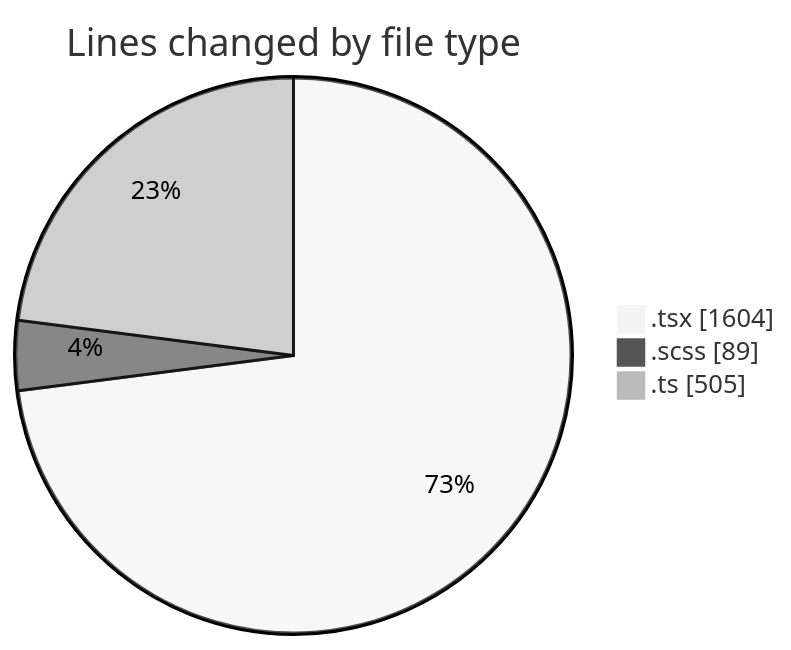
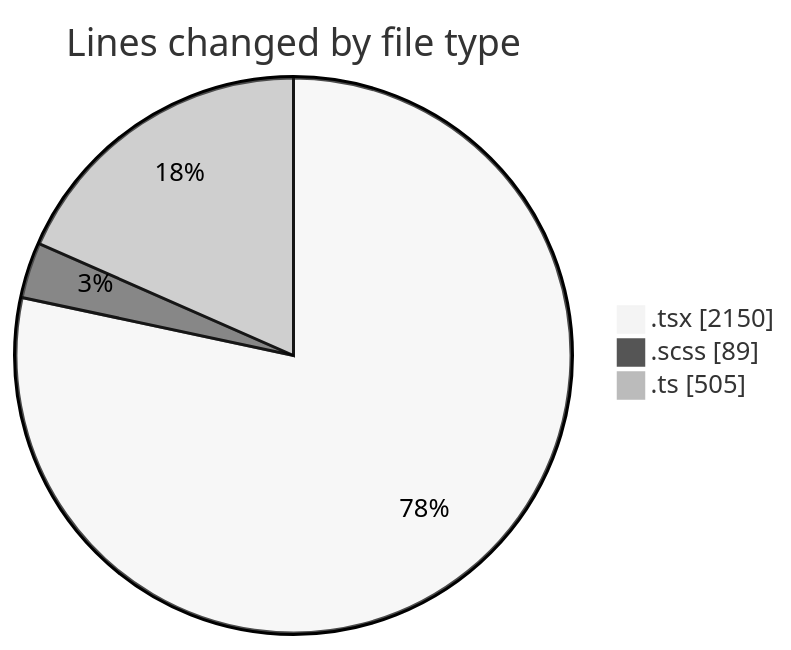
One commit to momahboobian/code-tracking changed the first of 2 diagrams in 2025-06-17/cda/README.md. Above: the diagram before and after it, drawn with Mermaid (neutral theme). The commit also changed other lines of this file and 1 other file, not shown here.

````diff
--- a/2025-06-17/cda/README.md
+++ b/2025-06-17/cda/README.md
@@ -24,7 +25,7 @@
 ```mermaid
 pie showData
 title Lines changed by file type
-".tsx" : 1604
+".tsx" : 2150
 ".scss" : 89
 ".ts" : 505
 ```
````
